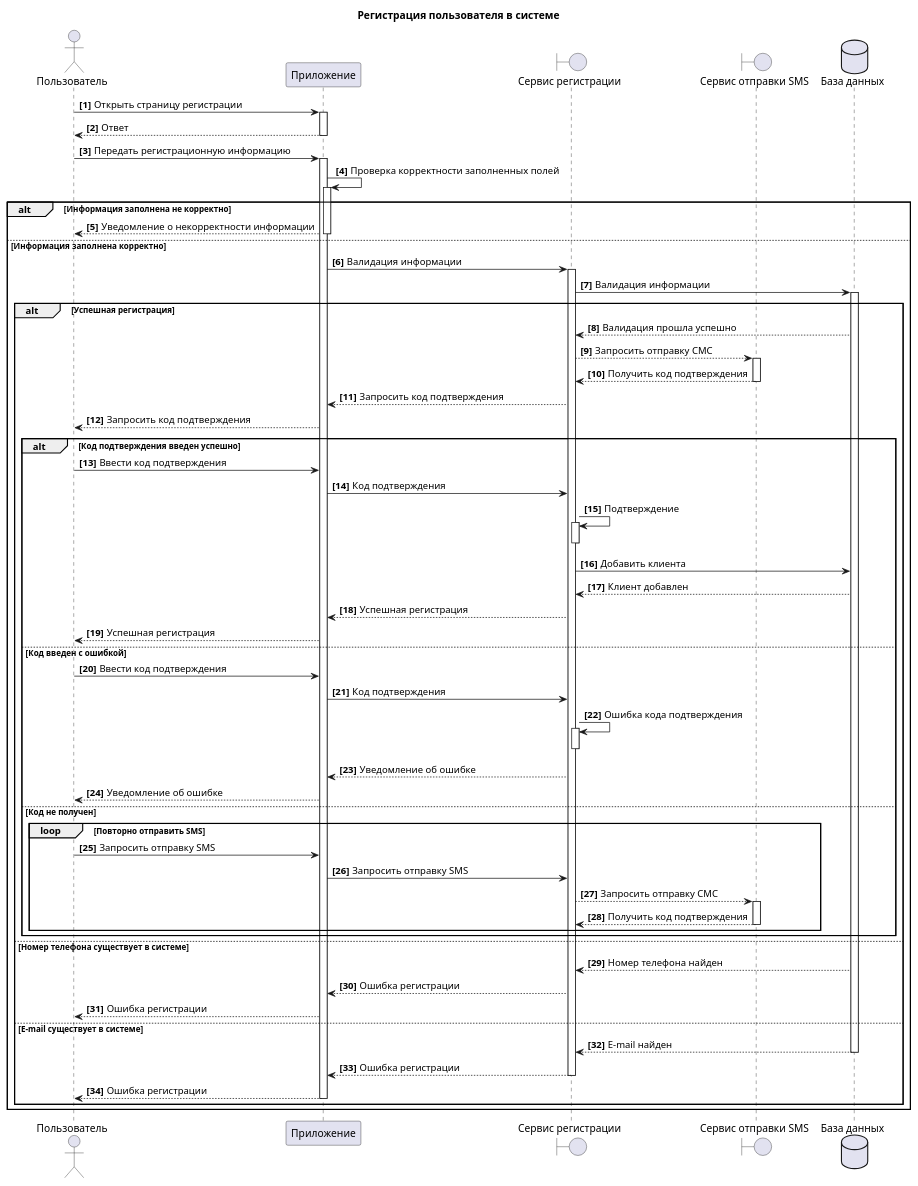
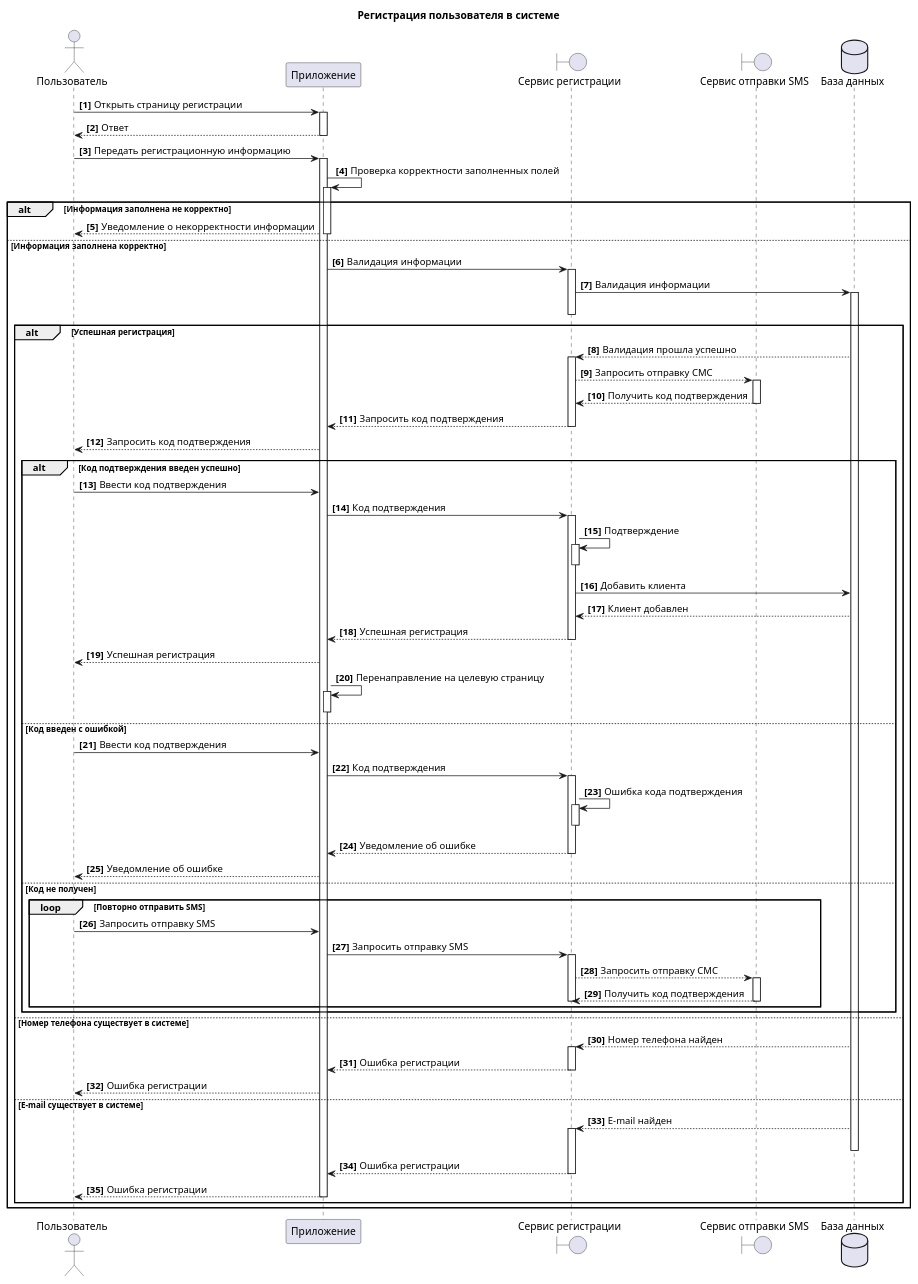
The diagram in 5_UML/UC_1_Registration.wsd (Mimitrii/RoboPoint), drawn with PlantUML before and after one commit. The commit also changed 4 other files, not shown here.

```diff
--- a/5_UML/UC_1_Registration.wsd
+++ b/5_UML/UC_1_Registration.wsd
@@ -1,61 +1,72 @@
 @startuml
 title Регистрация пользователя в системе
 actor "Пользователь" as U 
 participant  "Приложение" as A 
 boundary "Сервис регистрации" as S
 boundary "Сервис отправки SMS" as SMS
 dataBase "База данных" as DB 
 autonumber "<b>[0]"  
 
 U->A++: Открыть страницу регистрации
 return Ответ
 U->A++: Передать регистрационную информацию
 A->A++: Проверка корректности заполненных полей
 alt Информация заполнена не корректно
 A-->U:Уведомление о некорректности информации
 else  Информация заполнена корректно
 A--
 A->S++: Валидация информации
 S->DB++: Валидация информации
 alt Успешная регистрация
-DB-->S: Валидация прошла успешно
+S--
+DB-->S++: Валидация прошла успешно
 S-->SMS++: Запросить отправку СМС
 return Получить код подтверждения
 S-->A: Запросить код подтверждения
+S--
 A-->U: Запросить код подтверждения
 
 alt Код подтверждения введен успешно
 U->A: Ввести код подтверждения
-A->S: Код подтверждения
+A->S++: Код подтверждения
 S->S++: Подтверждение
 S--
 S->DB: Добавить клиента
 DB-->S: Клиент добавлен
 S-->A: Успешная регистрация
+S--
 A-->U: Успешная регистрация
+A->A++:Перенаправление на целевую страницу
+A--
 else Код введен с ошибкой
 U->A: Ввести код подтверждения
-A->S: Код подтверждения
+A->S++: Код подтверждения
 S->S++: Ошибка кода подтверждения
 S--
 S-->A: Уведомление об ошибке
+S--
 A-->U: Уведомление об ошибке
 else Код не получен
 loop Повторно отправить SMS
 U->A: Запросить отправку SMS
-A->S: Запросить отправку SMS
+A->S++: Запросить отправку SMS
 S-->SMS++: Запросить отправку СМС
 return Получить код подтверждения
+S--
 end
 end
 else Номер телефона существует в системе
-DB-->S: Номер телефона найден
+DB-->S++: Номер телефона найден
 S-->A: Ошибка регистрации
+S--
 A-->U: Ошибка регистрации
 else E-mail существует в системе
-return E-mail найден
-return Ошибка регистрации
-return Ошибка регистрации
+DB-->S++: E-mail найден
+DB--
+S-->A: Ошибка регистрации
+S--
+A-->U: Ошибка регистрации
+A--
 end
 end
 @enduml
```
